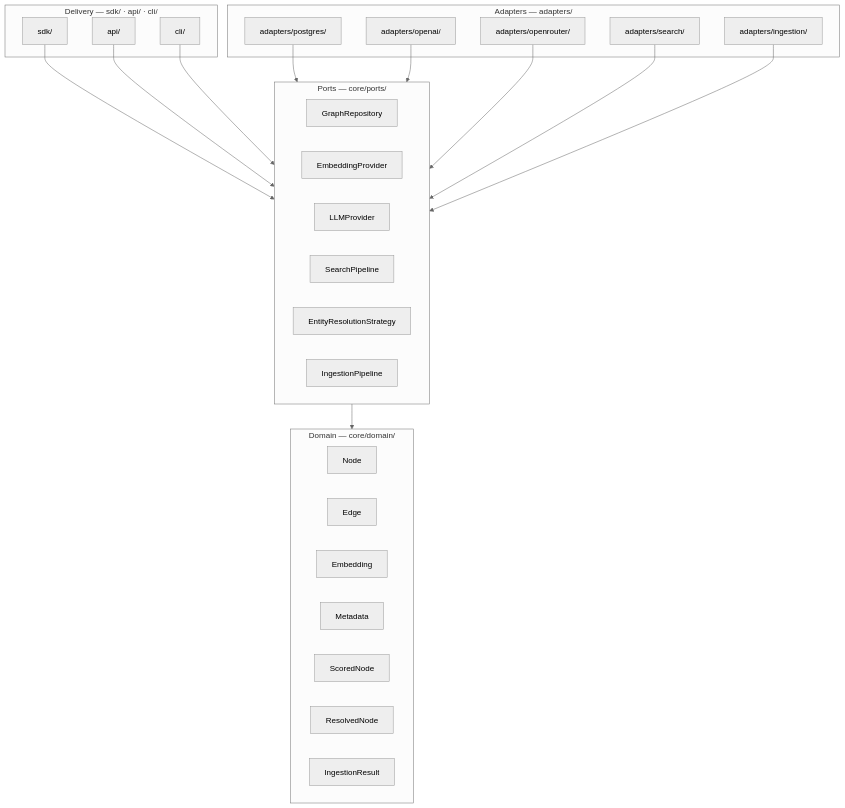
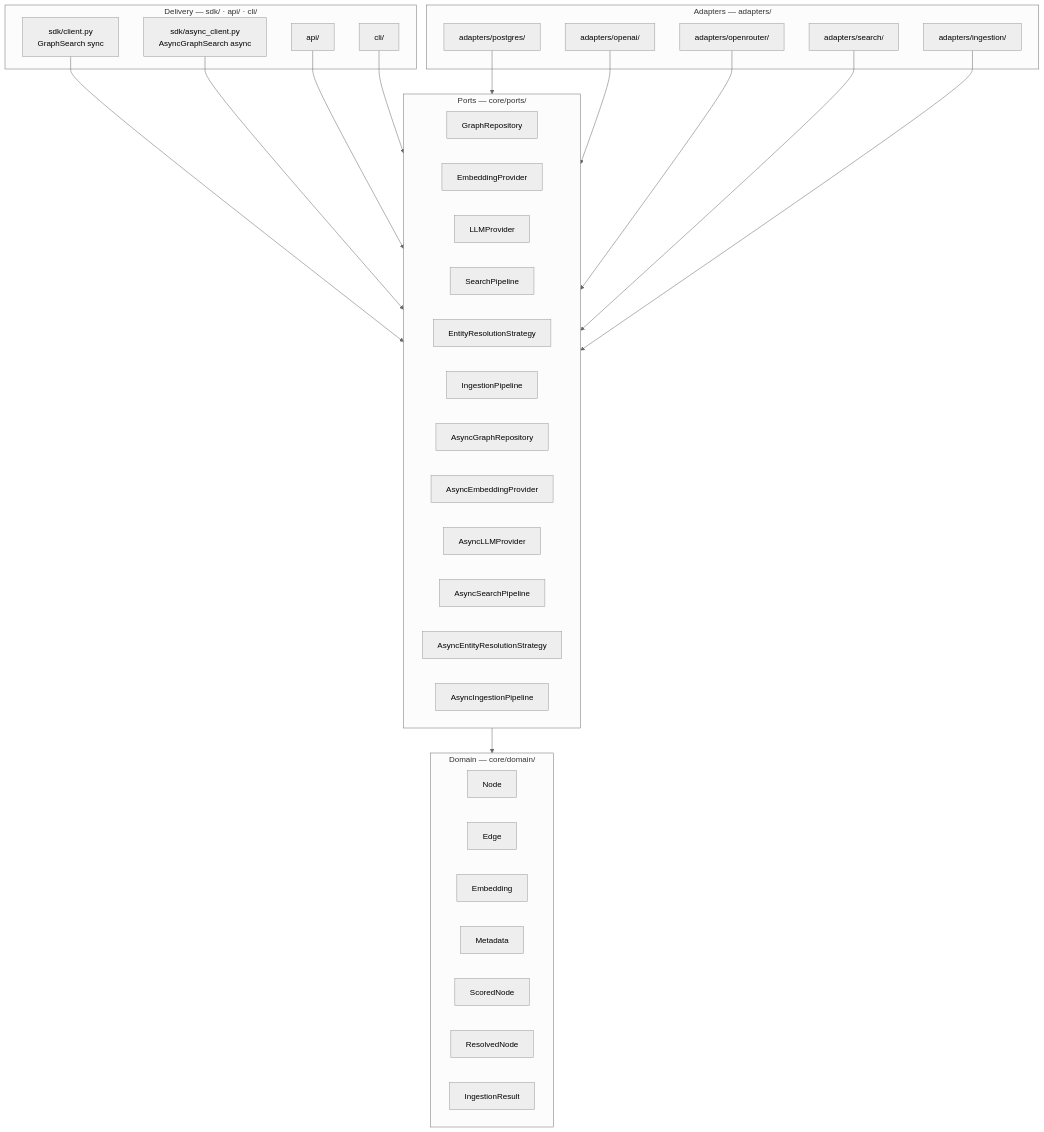
Before and after one commit to unifrancouni/depth-graph-search: the diagram in docs/architecture/layers.md, drawn with Mermaid (neutral theme). The commit also changed other lines of this file and 6 other files, not shown here.

Commit message:
docs: update architecture, changelog, and flows for SDD-07

````diff
--- a/docs/architecture/layers.md
+++ b/docs/architecture/layers.md
@@ -11,45 +11,53 @@
 ```mermaid
 graph TD
     subgraph Delivery["Delivery — sdk/ · api/ · cli/"]
-        SDK[sdk/]
+        SDK[sdk/client.py\nGraphSearch sync]
+        ASDK[sdk/async_client.py\nAsyncGraphSearch async]
         API[api/]
         CLI[cli/]
     end
 
     subgraph Adapters["Adapters — adapters/"]
         PGR[adapters/postgres/]
         OAI[adapters/openai/]
         ORI[adapters/openrouter/]
         SRH[adapters/search/]
         ING[adapters/ingestion/]
     end
 
     subgraph AppPorts["Ports — core/ports/"]
         GRP[GraphRepository]
         EMP[EmbeddingProvider]
         LLP[LLMProvider]
         SPS[SearchPipeline]
         ERS[EntityResolutionStrategy]
         IGP[IngestionPipeline]
+        AGRP[AsyncGraphRepository]
+        AEMP[AsyncEmbeddingProvider]
+        ALLP[AsyncLLMProvider]
+        ASPS[AsyncSearchPipeline]
+        AERS[AsyncEntityResolutionStrategy]
+        AIGP[AsyncIngestionPipeline]
     end
 
     subgraph Domain["Domain — core/domain/"]
         Node[Node]
         Edge[Edge]
         Emb[Embedding]
         Meta[Metadata]
         SN[ScoredNode]
         RN[ResolvedNode]
         IR[IngestionResult]
     end
 
     SDK --> AppPorts
+    ASDK --> AppPorts
     API --> AppPorts
     CLI --> AppPorts
     PGR --> AppPorts
     OAI --> AppPorts
     ORI --> AppPorts
     SRH --> AppPorts
     ING --> AppPorts
     AppPorts --> Domain
 ```
````
